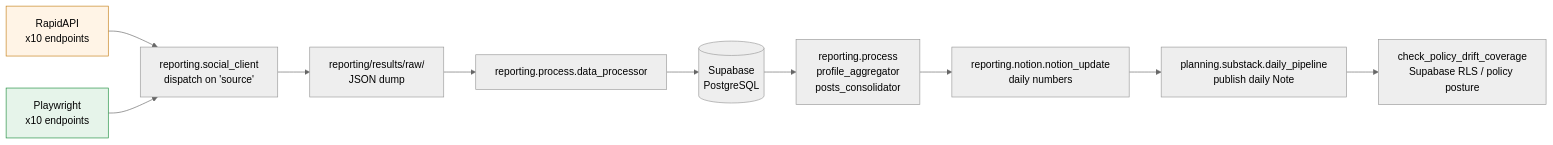
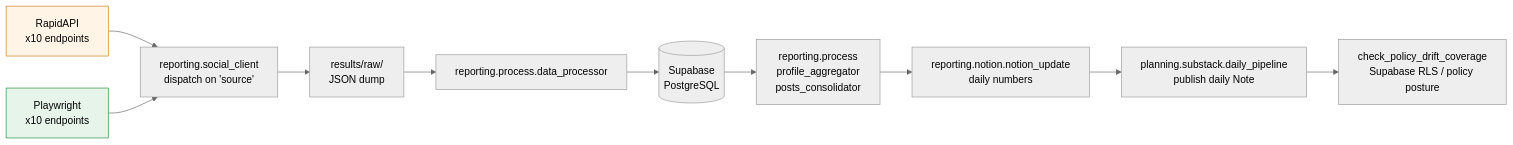
The third of 3 diagrams in README.md (ferraroroberto/content-management), drawn with Mermaid (neutral theme) before and after one commit. The commit also changed 25 other files, not shown here.

````diff
--- a/README.md
+++ b/README.md
@@ -388,15 +388,15 @@
 ```mermaid
 flowchart LR
     A1[RapidAPI<br/>x10 endpoints]:::rapidapi --> B
     A2[Playwright<br/>x10 endpoints]:::playwright --> B
     B[reporting.social_client<br/>dispatch on 'source']
-    B --> C[reporting/results/raw/<br/>JSON dump]
+    B --> C[results/raw/<br/>JSON dump]
     C --> D[reporting.process.data_processor]
     D --> E[(Supabase<br/>PostgreSQL)]
     E --> F[reporting.process<br/>profile_aggregator<br/>posts_consolidator]
     F --> G[reporting.notion.notion_update<br/>daily numbers]
     G --> H[planning.substack.daily_pipeline<br/>publish daily Note]
     H --> I[check_policy_drift_coverage<br/>Supabase RLS / policy posture]
     classDef rapidapi fill:#fff4e6,stroke:#c47f17
     classDef playwright fill:#e6f4ea,stroke:#1e8e3e
 ```
````
